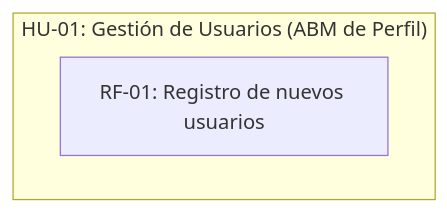
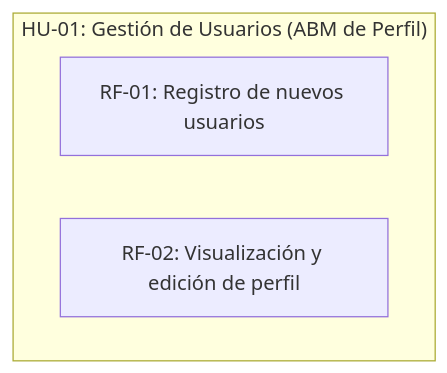
Before and after one commit to Agustin-PerezR/FitArg: the diagram in scrumDocs/grafo.md, drawn with Mermaid. The commit also changed other lines of this file, not shown here.

````diff
--- a/scrumDocs/grafo.md
+++ b/scrumDocs/grafo.md
@@ -5,6 +5,7 @@
 ```mermaid
 graph TD
   subgraph US_1788961186890["HU-01: Gestión de Usuarios (ABM de Perfil)"]
     REQ_1788962591125["RF-01: Registro de nuevos usuarios"]
+    REQ_1788962599160["RF-02: Visualización y edición de perfil"]
   end
 ```
````
